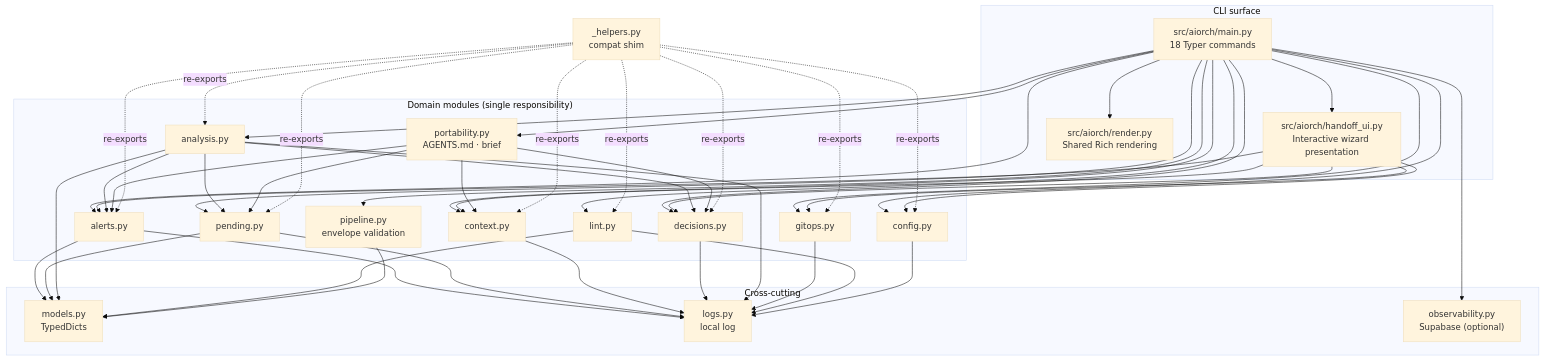
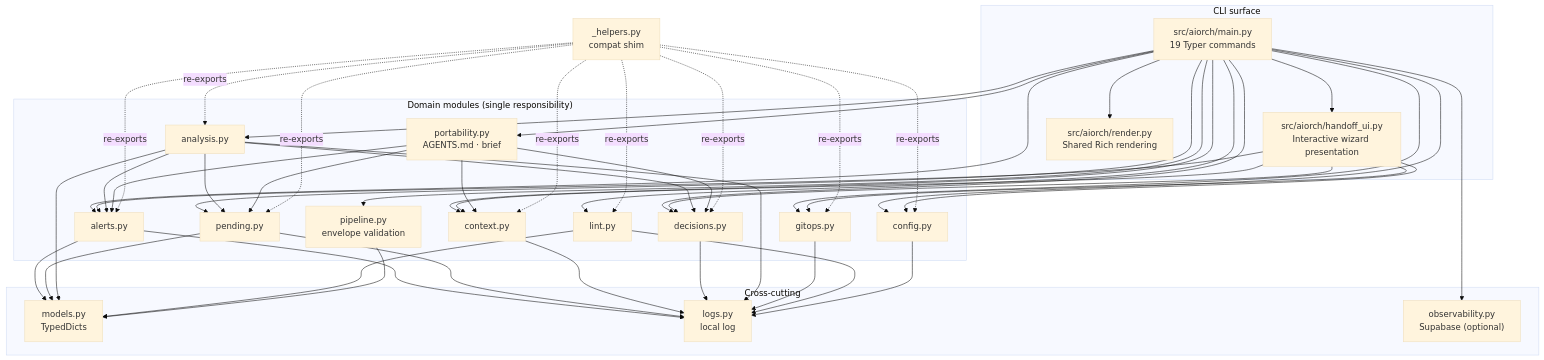
One commit to Darkjor/ai-orchestrator changed the first of 3 diagrams in docs/AI_ARCHITECTURE.md. Above: the diagram before and after it, drawn with Mermaid (base theme). The commit also changed other lines of this file and 7 other files, not shown here.

````diff
--- a/docs/AI_ARCHITECTURE.md
+++ b/docs/AI_ARCHITECTURE.md
@@ -79,36 +80,36 @@
 ```mermaid
 graph TD
     subgraph "CLI surface"
-        MAIN["src/aiorch/main.py<br/>18 Typer commands"]
+        MAIN["src/aiorch/main.py<br/>19 Typer commands"]
         HANDOFF_UI["src/aiorch/handoff_ui.py<br/>Interactive wizard presentation"]
         RENDER["src/aiorch/render.py<br/>Shared Rich rendering"]
     end
     subgraph "Domain modules (single responsibility)"
         ALERTS["alerts.py"]
         PENDING["pending.py"]
         CONTEXT["context.py"]
         DECISIONS["decisions.py"]
         ANALYSIS["analysis.py"]
         PORT["portability.py<br/>AGENTS.md · brief"]
         PIPE["pipeline.py<br/>envelope validation"]
         GITOPS["gitops.py"]
         LINT["lint.py"]
         CONFIG["config.py"]
     end
     subgraph "Cross-cutting"
         MODELS["models.py<br/>TypedDicts"]
         LOGS["logs.py<br/>local log"]
         OBS["observability.py<br/>Supabase (optional)"]
     end
     SHIM["_helpers.py<br/>compat shim"]
 
     MAIN --> HANDOFF_UI & RENDER & PORT & PIPE
     MAIN --> ALERTS & PENDING & CONTEXT & DECISIONS & ANALYSIS & GITOPS & LINT & CONFIG
     MAIN --> OBS
     HANDOFF_UI --> CONTEXT & ALERTS & DECISIONS & GITOPS & CONFIG
     ANALYSIS --> ALERTS & PENDING & DECISIONS
     PORT --> ALERTS & PENDING & DECISIONS & CONTEXT
     ALERTS & PENDING & CONTEXT & DECISIONS & ANALYSIS & GITOPS & LINT & CONFIG --> LOGS
     ALERTS & PENDING & ANALYSIS & LINT & PIPE --> MODELS
     SHIM -.re-exports.-> ALERTS & PENDING & CONTEXT & DECISIONS & ANALYSIS & GITOPS & LINT & CONFIG
 ```
````
